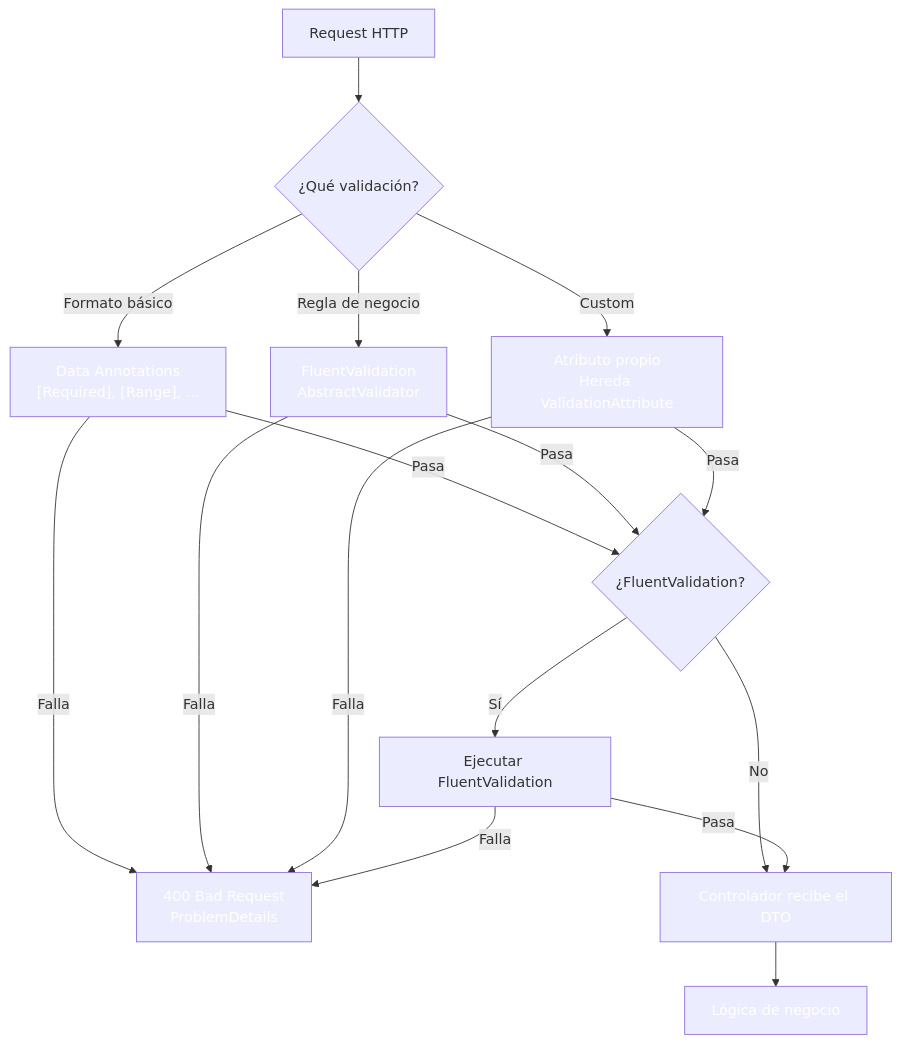
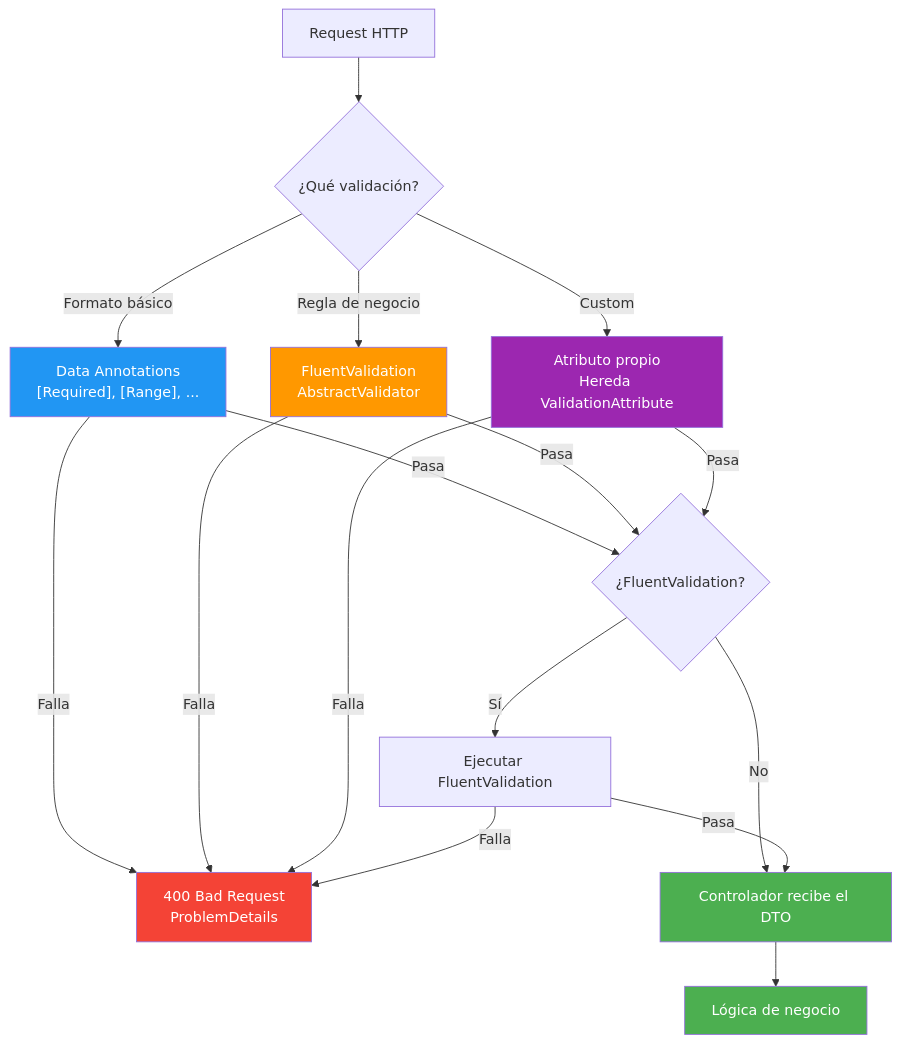
One commit to joseluisgs/DesarrolloWebEntornosServidor-02-2026-2027 changed the fifth of 11 diagrams in 08-dtos-mapeadores-validaciones.md. Above: the diagram before and after it, drawn with Mermaid. The commit also changed other lines of this file and 29 other files, not shown here.

Commit message:
docs: corregir estilos Mermaid y estilo, quitar referencias a la Tienda y reestructurar los retos 13 y 15

````diff
--- a/08-dtos-mapeadores-validaciones.md
+++ b/08-dtos-mapeadores-validaciones.md
@@ -745,25 +745,25 @@
 ```mermaid
 flowchart TD
     A["Request HTTP"] --> B{"¿Qué validación?"}
     B -->|"Formato básico"| C["Data Annotations<br/>[Required], [Range], ..."]
     B -->|"Regla de negocio"| D["FluentValidation<br/>AbstractValidator<T>"]
     B -->|"Custom"| E["Atributo propio<br/>Hereda ValidationAttribute"]
     C -->|Falla| F["400 Bad Request<br/>ProblemDetails"]
     D -->|Falla| F
     E -->|Falla| F
     C -->|Pasa| G{"¿FluentValidation?"}
     D -->|Pasa| G
     E -->|Pasa| G
     G -->|Sí| H["Ejecutar FluentValidation"]
     G -->|No| I["Controlador recibe el DTO"]
     H -->|Falla| F
     H -->|Pasa| I
     I --> J["Lógica de negocio"]
 
-    style C fill:#2196F,color:#fff3,color:#fff
-    style D fill:#FF980,color:#fff0,color:#fff
-    style E fill:#9C27B,color:#fff0,color:#fff
-    style F fill:#f4433,color:#fff6,color:#fff
-    style I fill:#4CAF5,color:#fff0,color:#fff
-    style J fill:#4CAF5,color:#fff0,color:#fff
+    style C fill:#2196F3,color:#fff
+    style D fill:#FF9800,color:#fff
+    style E fill:#9C27B0,color:#fff
+    style F fill:#f44336,color:#fff
+    style I fill:#4CAF50,color:#fff
+    style J fill:#4CAF50,color:#fff
 ```
````
